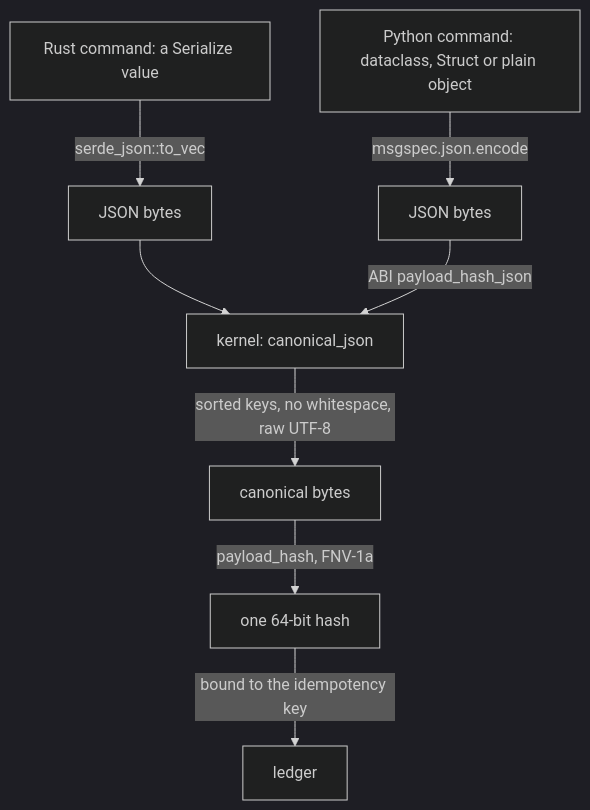
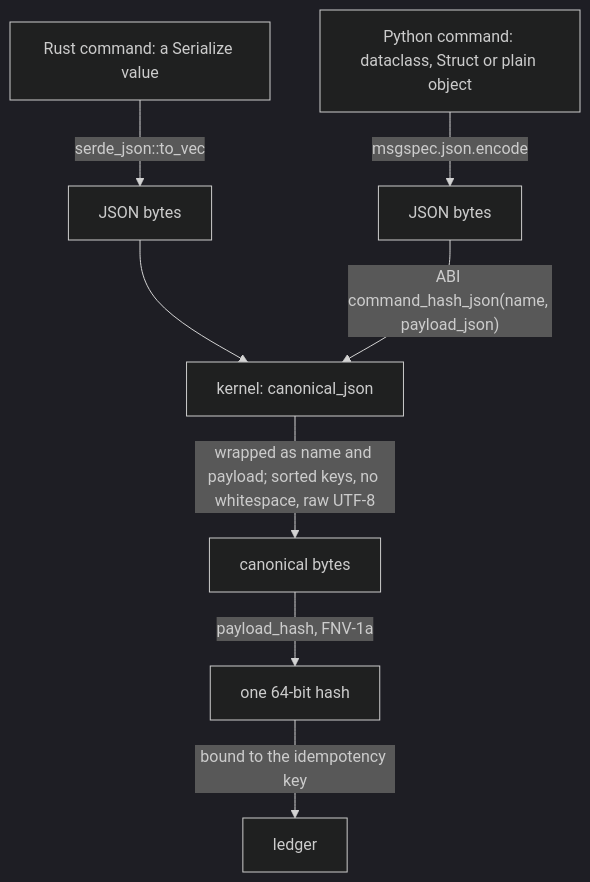
Before and after one commit to haskian/edax: the first of 3 diagrams in docs/kernels/cqrs.md, drawn with Mermaid (dark theme). The commit also changed other lines of this file and 175 other files, not shown here.

````diff
--- a/docs/kernels/cqrs.md
+++ b/docs/kernels/cqrs.md
@@ -120,10 +129,10 @@
 ```mermaid
 flowchart TB
   RC["Rust command: a Serialize value"] -->|"serde_json::to_vec"| RJ["JSON bytes"]
   PC["Python command: dataclass, Struct or plain object"] -->|"msgspec.json.encode"| PJ["JSON bytes"]
   RJ --> K["kernel: canonical_json"]
-  PJ -->|"ABI payload_hash_json"| K
-  K -->|"sorted keys, no whitespace, raw UTF-8"| CB["canonical bytes"]
+  PJ -->|"ABI command_hash_json(name, payload_json)"| K
+  K -->|"wrapped as name and payload; sorted keys, no whitespace, raw UTF-8"| CB["canonical bytes"]
   CB -->|"payload_hash, FNV-1a"| H["one 64-bit hash"]
   H -->|"bound to the idempotency key"| L["ledger"]
 ```
````
